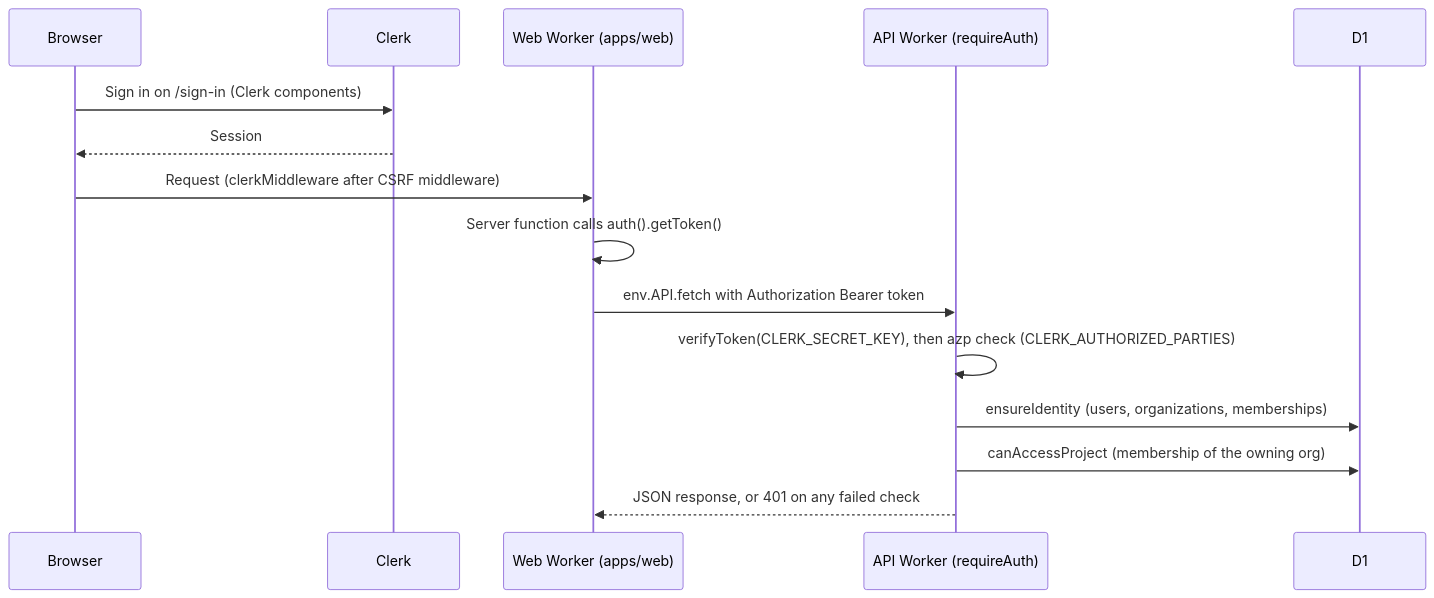
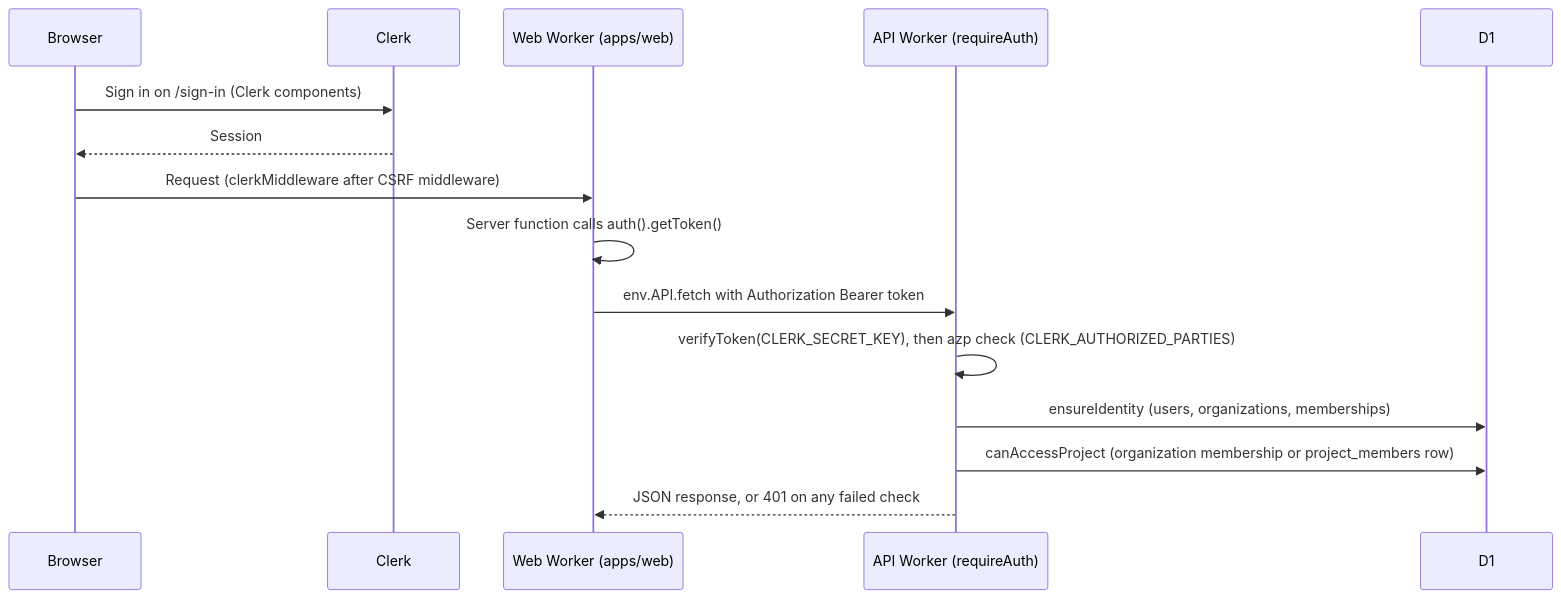
Before and after one commit to nsudhanva/rhumbatron: the diagram in docs/adr/0002-clerk-authentication.md, drawn with Mermaid. The commit also changed other lines of this file and 25 other files, not shown here.

````diff
--- a/docs/adr/0002-clerk-authentication.md
+++ b/docs/adr/0002-clerk-authentication.md
@@ -38,17 +43,17 @@
 ```mermaid
 sequenceDiagram
   participant B as Browser
   participant C as Clerk
   participant W as Web Worker (apps/web)
   participant A as API Worker (requireAuth)
   participant D as D1
   B->>C: Sign in on /sign-in (Clerk components)
   C-->>B: Session
   B->>W: Request (clerkMiddleware after CSRF middleware)
   W->>W: Server function calls auth().getToken()
   W->>A: env.API.fetch with Authorization Bearer token
   A->>A: verifyToken(CLERK_SECRET_KEY), then azp check (CLERK_AUTHORIZED_PARTIES)
   A->>D: ensureIdentity (users, organizations, memberships)
-  A->>D: canAccessProject (membership of the owning org)
+  A->>D: canAccessProject (organization membership or project_members row)
   A-->>W: JSON response, or 401 on any failed check
 ```
````
